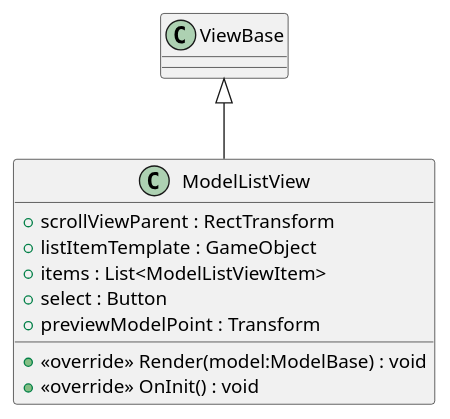
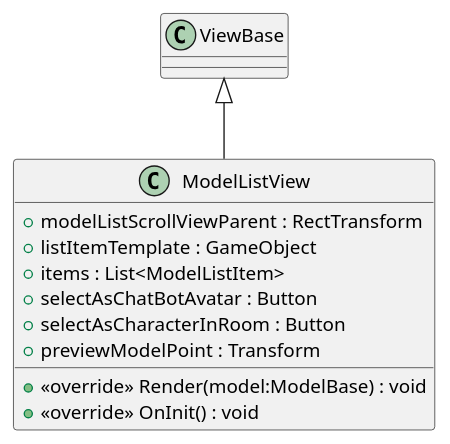
Before and after one commit to cutehusky/VirtualChat3D: the diagram in src/Assets/Scripts/Core/CharacterCustomizationModule/puml/View/ModelListView.puml, drawn with PlantUML. The commit also changed 101 other files, not shown here.

First line of the commit message:
update framework and create uml for OnlineRuntimeModule

```diff
--- a/src/Assets/Scripts/Core/CharacterCustomizationModule/puml/View/ModelListView.puml
+++ b/src/Assets/Scripts/Core/CharacterCustomizationModule/puml/View/ModelListView.puml
@@ -1,12 +1,13 @@
 @startuml
 class ModelListView {
-    + scrollViewParent : RectTransform
+    + modelListScrollViewParent : RectTransform
     + listItemTemplate : GameObject
-    + items : List<ModelListViewItem>
-    + select : Button
+    + items : List<ModelListItem>
+    + selectAsChatBotAvatar : Button
+    + selectAsCharacterInRoom : Button
     + previewModelPoint : Transform
     + <<override>> Render(model:ModelBase) : void
     + <<override>> OnInit() : void
 }
 ViewBase <|-- ModelListView
 @enduml
```
